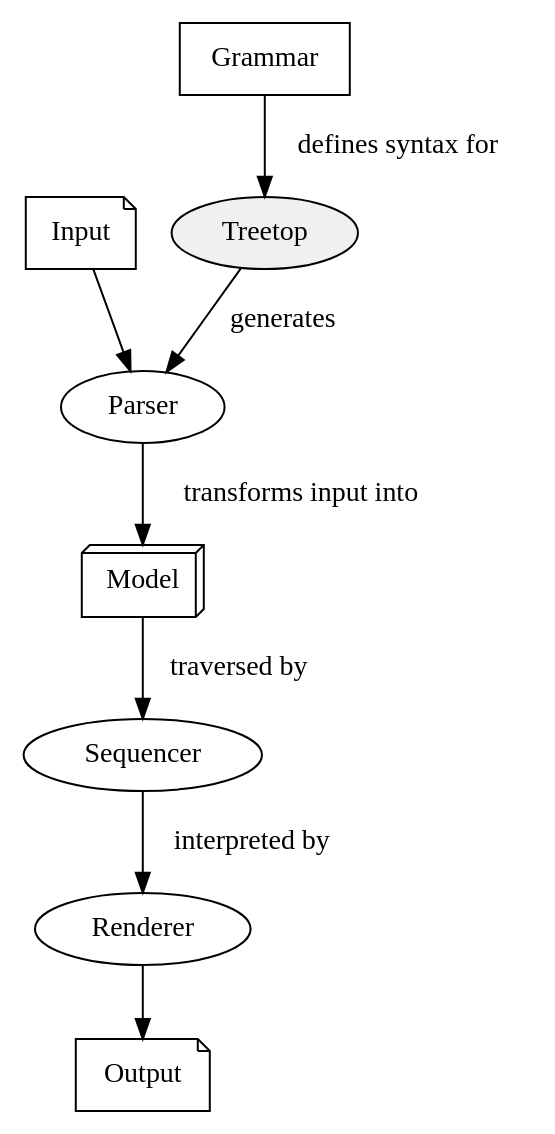
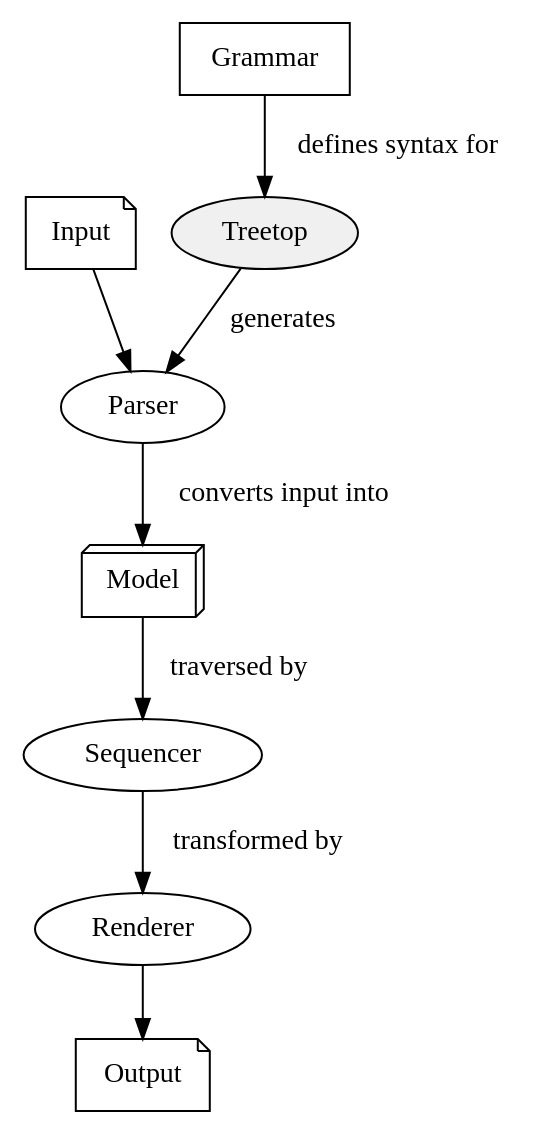
The diagram in doc/architecture.dot (adamjmurray/cosy), drawn with Graphviz before and after one commit. The commit also changed 6 other files, not shown here.

```diff
--- a/doc/architecture.dot
+++ b/doc/architecture.dot
@@ -1,19 +1,19 @@
 digraph g {
 	
 	Input [shape=note]
 	Grammar [shape=rectangle]
 	Treetop [style=filled fillcolor="#f0f0f0"]
 	Parser
 	Model [shape=box3d]
 	Sequencer
 	Renderer
 	Output [shape=note]
 	
 	Input -> Parser	
 	Grammar -> Treetop [label=" defines syntax for"]
 	Treetop -> Parser [label="generates"]
-	Parser -> Model [label=" transforms input into"]
+	Parser -> Model [label=" converts input into"]
 	Model -> Sequencer [label=" traversed by"]
-	Sequencer -> Renderer [label=" interpreted by"]
+	Sequencer -> Renderer [label=" transformed by"]
 	Renderer -> Output
 }
```
